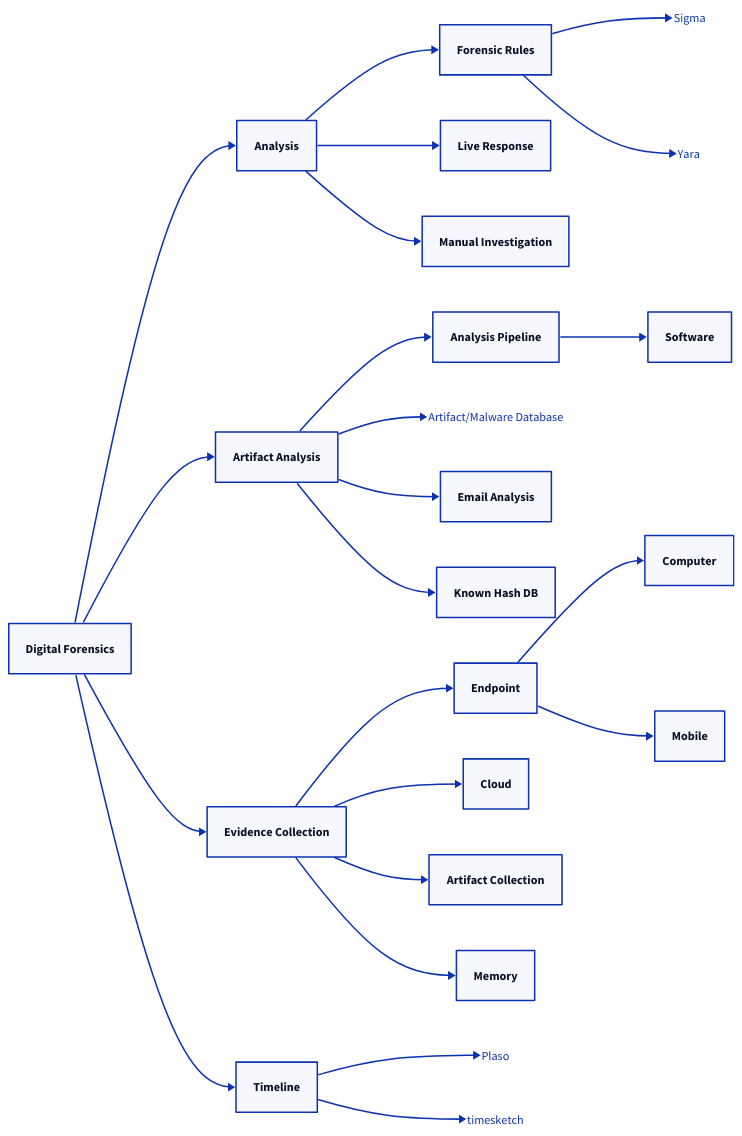
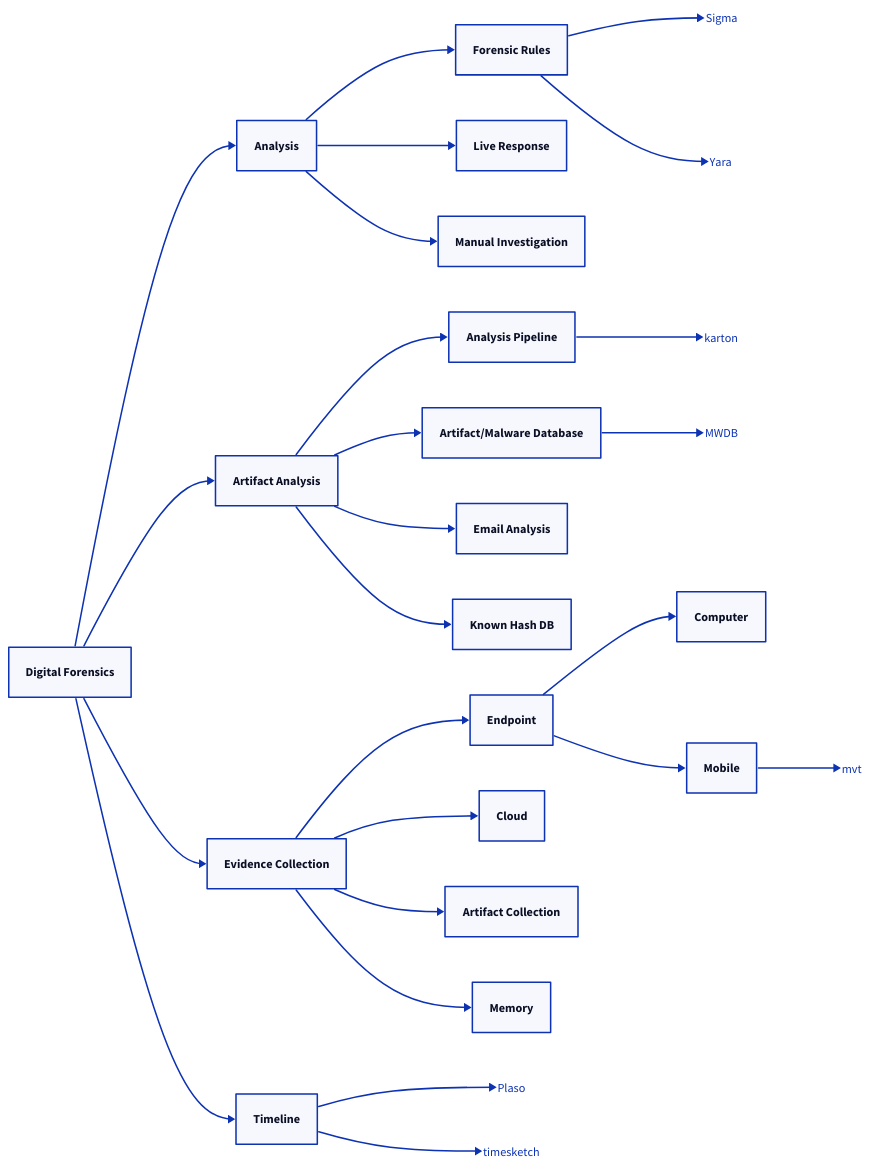
The diagram in content/3 Digital Forensics.md (cyberpetrol/security-mindmaps), drawn with D2 before and after one commit.

Commit message:
feat: add links

````diff
--- a/content/3 Digital Forensics.md
+++ b/content/3 Digital Forensics.md
@@ -3,37 +3,43 @@
 ```d2
 direction: right
 
 Digital Forensics -> Analysis -> Forensic Rules -> Sigma
 Sigma: |md
     [Sigma](https://sigmahq.io/)
 |
 Forensic Rules -> Yara
 Yara: |md
     [Yara](https://virustotal.github.io/yara/)
 |
 Analysis -> Live Response
 Analysis -> Manual Investigation
 
-Digital Forensics -> Artifact Analysis -> Analysis Pipeline -> Software
-Artifact Analysis -> Artifact/Malware Database
-Artifact/Malware Database: |md
-    [Artifact/Malware Database](https://mwdb.readthedocs.io/en/latest/)
+Digital Forensics -> Artifact Analysis -> Analysis Pipeline -> karton
+karton: |md
+    [karton](https://github.com/CERT-Polska/karton)
+|
+Artifact Analysis -> Artifact/Malware Database -> MWDB
+MWDB: |md
+    [MWDB](https://github.com/CERT-Polska/mwdb-core)
 |
 Artifact Analysis -> Email Analysis
 Artifact Analysis -> Known Hash DB
 
 Digital Forensics -> Evidence Collection -> Endpoint -> Computer
-Endpoint -> Mobile
+Endpoint -> Mobile -> mvt
+mvt: |md
+    [mvt](https://github.com/mvt-project/mvt)
+|
 Evidence Collection -> Cloud
 Evidence Collection -> Artifact Collection
 Evidence Collection -> Memory
 
 Digital Forensics -> Timeline -> Plaso
 Plaso: |md
     [Plaso](https://plaso.readthedocs.io/en/latest/)
 |
 Timeline -> timesketch
 timesketch: |md
     [timesketch](https://timesketch.org/)
 |     
 ```
````
